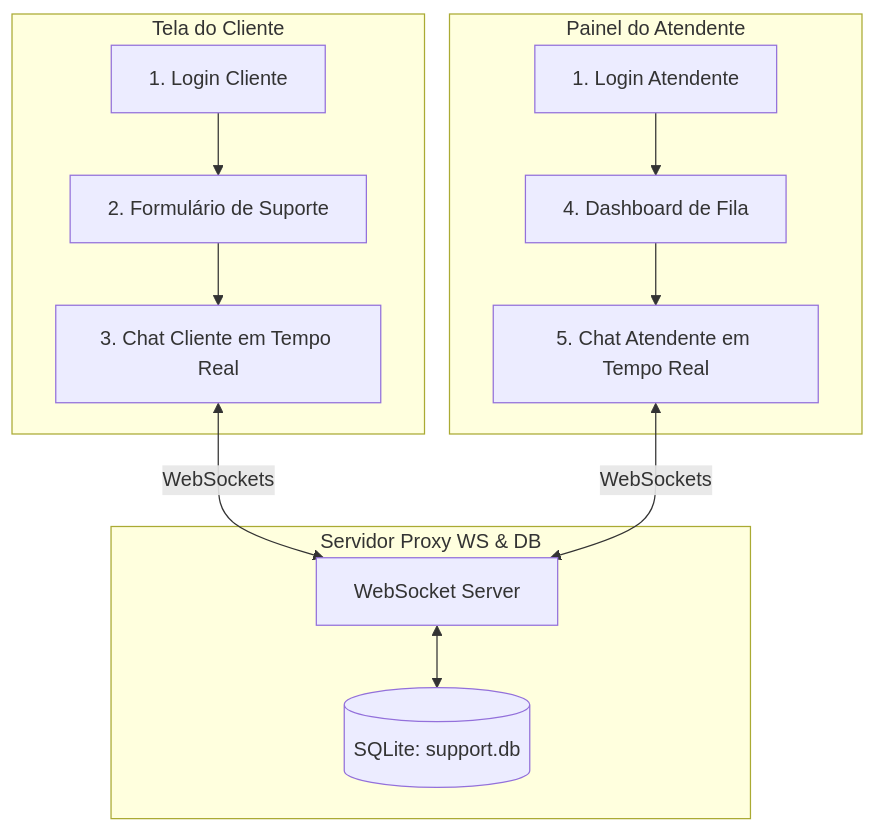
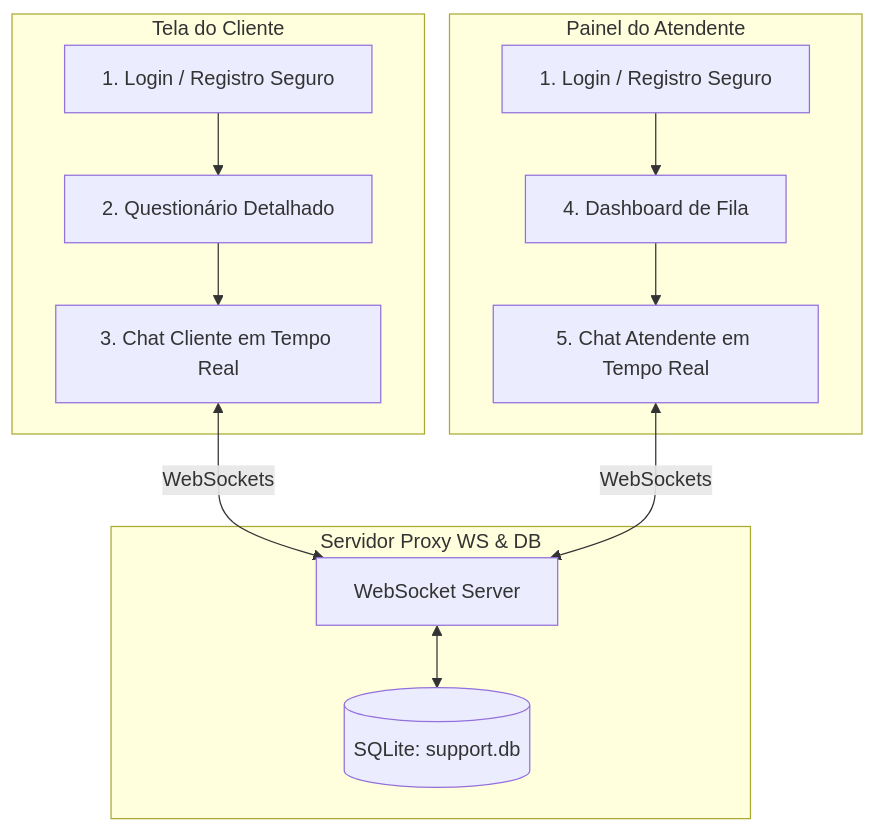
The diagram in README.md (CaputiDev/TriageHub), drawn with Mermaid before and after one commit. The commit also changed other lines of this file and 6 other files, not shown here.

````diff
--- a/README.md
+++ b/README.md
@@ -27,19 +28,19 @@
 ```mermaid
 graph TD
     subgraph Cliente [Tela do Cliente]
-        LoginClient[1. Login Cliente] --> Form[2. Formulário de Suporte]
+        LoginClient[1. Login / Registro Seguro] --> Form[2. Questionário Detalhado]
         Form --> ChatClient[3. Chat Cliente em Tempo Real]
     end
 
     subgraph Atendente [Painel do Atendente]
-        LoginAgent[1. Login Atendente] --> Dash[4. Dashboard de Fila]
+        LoginAgent[1. Login / Registro Seguro] --> Dash[4. Dashboard de Fila]
         Dash --> ChatAgent[5. Chat Atendente em Tempo Real]
     end
 
     subgraph Backend [Servidor Proxy WS & DB]
         WS[WebSocket Server] <--> DB[(SQLite: support.db)]
     end
 
     ChatClient <-->|WebSockets| WS
     ChatAgent <-->|WebSockets| WS
 ```
````
